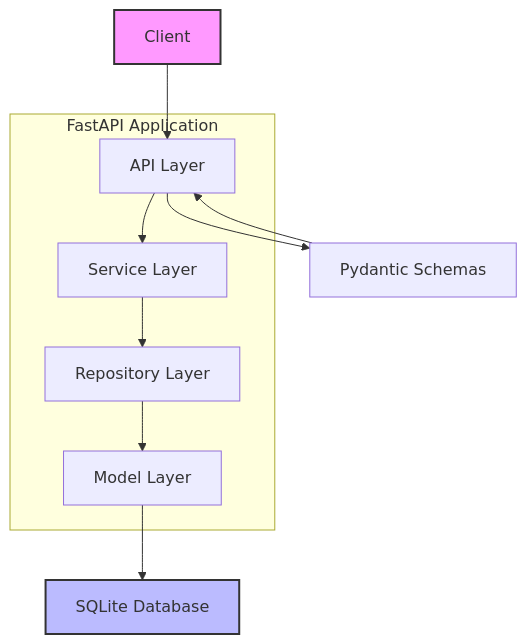
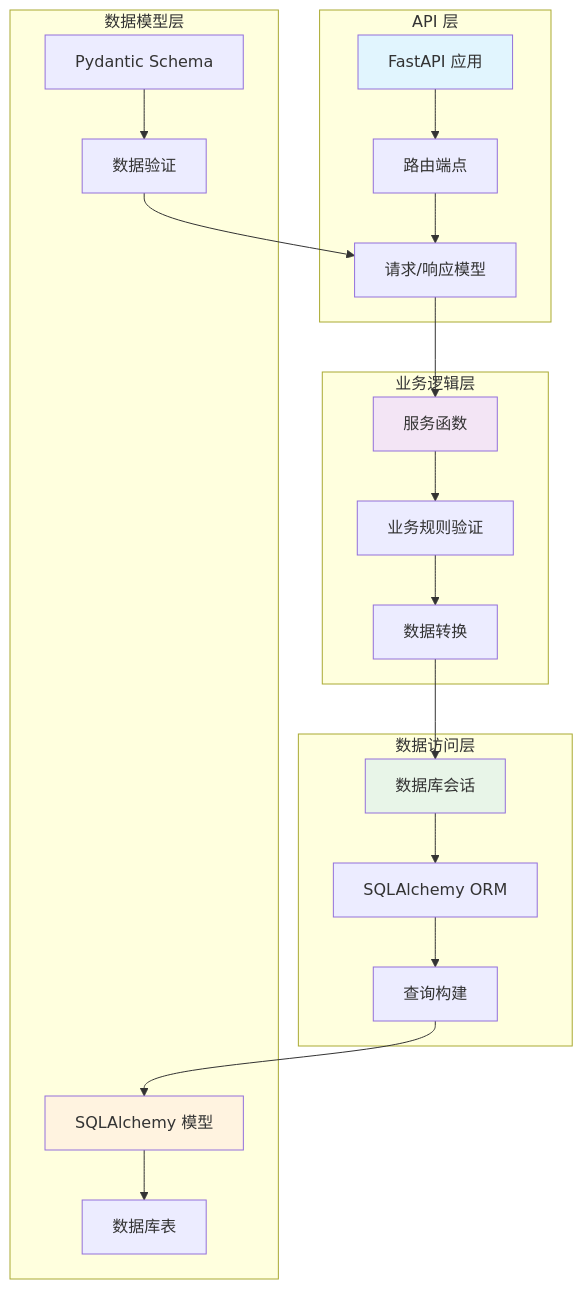
One commit to youbih/autodev-agent changed the diagram in workspace/my_user_service/README.md. Above: the diagram before and after it, drawn with Mermaid. The commit also changed other lines of this file and 27 other files, not shown here.

````diff
--- a/workspace/my_user_service/README.md
+++ b/workspace/my_user_service/README.md
@@ -44,21 +9,32 @@
 ```mermaid
-graph TD
-    A[Client] --> B[API Layer]
-    B --> C[Service Layer]
-    C --> D[Repository Layer]
-    D --> E[Model Layer]
-    E --> F[SQLite Database]
-    
-    subgraph "FastAPI Application"
-        B
-        C
-        D
-        E
+graph TB
+    subgraph "API 层"
+        A[FastAPI 应用] --> B[路由端点]
+        B --> C[请求/响应模型]
     end
     
-    B --> G[Pydantic Schemas]
-    G --> B
+    subgraph "业务逻辑层"
+        D[服务函数] --> E[业务规则验证]
+        E --> F[数据转换]
+    end
     
-    style A fill:#f9f,stroke:#333,stroke-width:2px
-    style F fill:#bbf,stroke:#333,stroke-width:2px
+    subgraph "数据访问层"
+        G[数据库会话] --> H[SQLAlchemy ORM]
+        H --> I[查询构建]
+    end
+    
+    subgraph "数据模型层"
+        J[SQLAlchemy 模型] --> K[数据库表]
+        L[Pydantic Schema] --> M[数据验证]
+    end
+    
+    C --> D
+    F --> G
+    I --> J
+    M --> C
+    
+    style A fill:#e1f5fe
+    style D fill:#f3e5f5
+    style G fill:#e8f5e8
+    style J fill:#fff3e0
 ```
````
